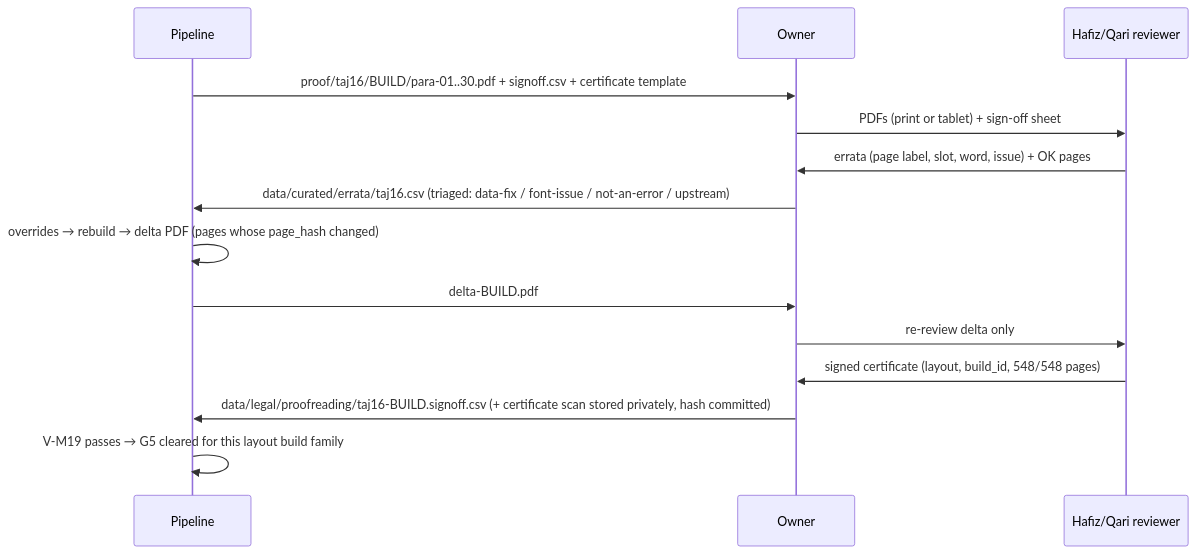
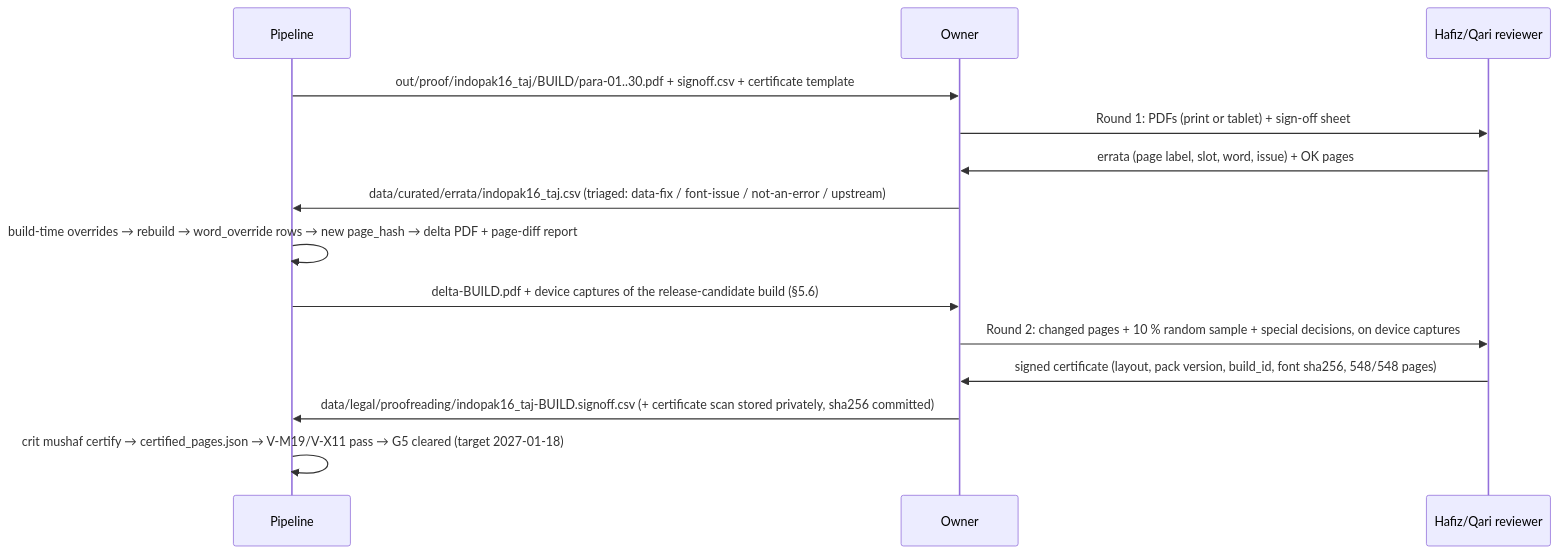
Before and after one commit to Chughtaie/criterion: the second of 2 diagrams in docs/plan/08-data-pipelines.md, drawn with Mermaid. The commit also changed other lines of this file and 7 other files, not shown here.

````diff
--- a/docs/plan/08-data-pipelines.md
+++ b/docs/plan/08-data-pipelines.md
@@ -1248,16 +1262,16 @@
 ```mermaid
 sequenceDiagram
   participant P as Pipeline
   participant O as Owner
   participant H as Hafiz/Qari reviewer
-  P->>O: proof/taj16/BUILD/para-01..30.pdf + signoff.csv + certificate template
-  O->>H: PDFs (print or tablet) + sign-off sheet
+  P->>O: out/proof/indopak16_taj/BUILD/para-01..30.pdf + signoff.csv + certificate template
+  O->>H: Round 1: PDFs (print or tablet) + sign-off sheet
   H->>O: errata (page label, slot, word, issue) + OK pages
-  O->>P: data/curated/errata/taj16.csv (triaged: data-fix / font-issue / not-an-error / upstream)
-  P->>P: overrides → rebuild → delta PDF (pages whose page_hash changed)
-  P->>O: delta-BUILD.pdf
-  O->>H: re-review delta only
-  H->>O: signed certificate (layout, build_id, 548/548 pages)
-  O->>P: data/legal/proofreading/taj16-BUILD.signoff.csv (+ certificate scan stored privately, hash committed)
-  P->>P: V-M19 passes → G5 cleared for this layout build family
+  O->>P: data/curated/errata/indopak16_taj.csv (triaged: data-fix / font-issue / not-an-error / upstream)
+  P->>P: build-time overrides → rebuild → word_override rows → new page_hash → delta PDF + page-diff report
+  P->>O: delta-BUILD.pdf + device captures of the release-candidate build (§5.6)
+  O->>H: Round 2: changed pages + 10 % random sample + special decisions, on device captures
+  H->>O: signed certificate (layout, pack version, build_id, font sha256, 548/548 pages)
+  O->>P: data/legal/proofreading/indopak16_taj-BUILD.signoff.csv (+ certificate scan stored privately, sha256 committed)
+  P->>P: crit mushaf certify → certified_pages.json → V-M19/V-X11 pass → G5 cleared (target 2027-01-18)
 ```
````
